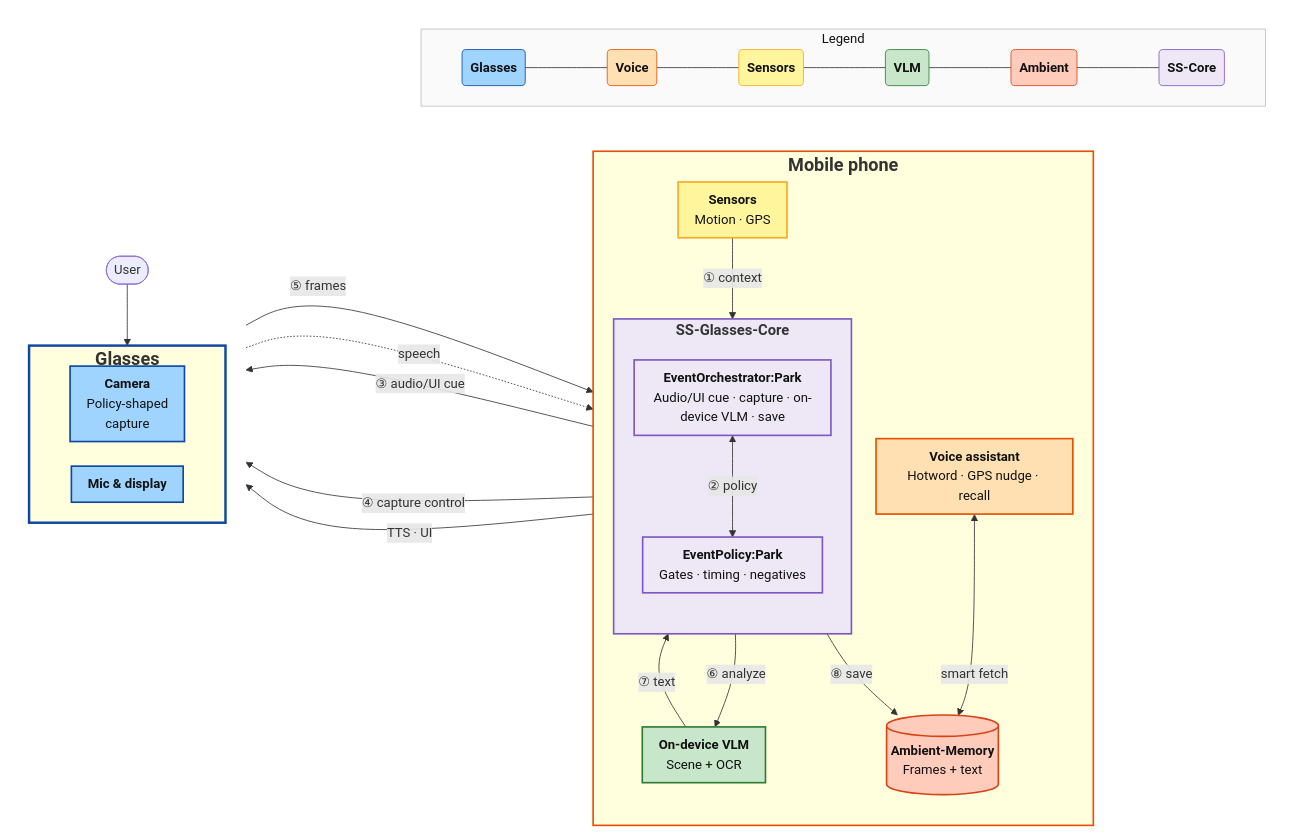
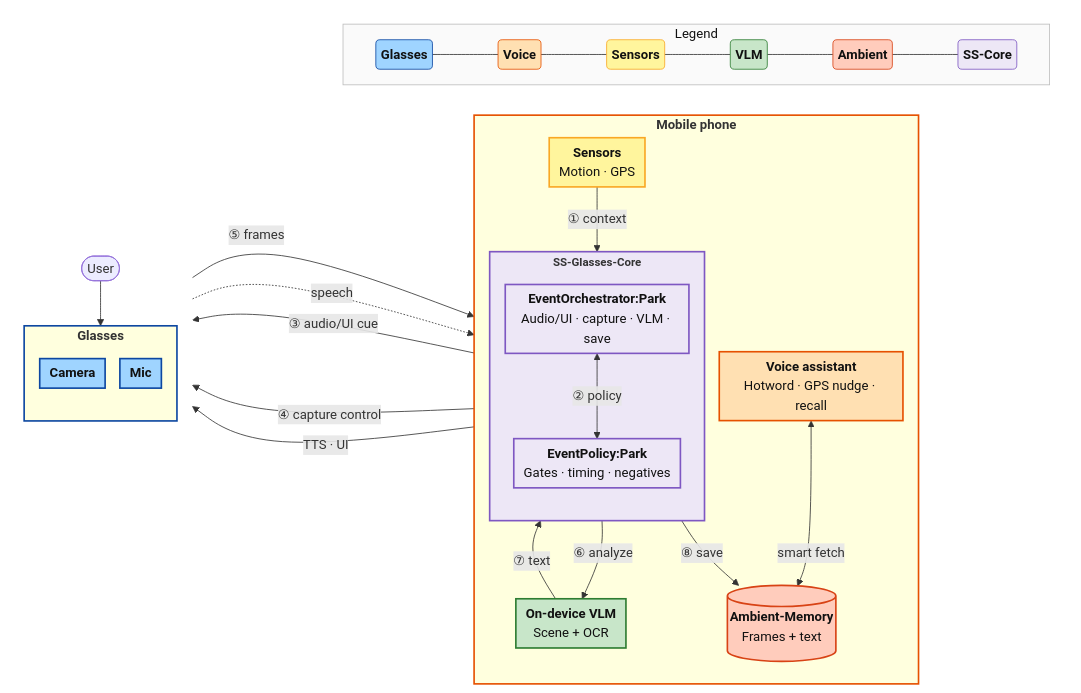
Before and after one commit to penkesiva/wer-26: the diagram in tmp/idea2_mark_car_parking_spot_architecture.mermaid, drawn with Mermaid. The commit also changed 1 other file, not shown here.

Commit message:
docs(idea2): compact Glasses box and reduce subgraph font sizes

```diff
--- a/tmp/idea2_mark_car_parking_spot_architecture.mermaid
+++ b/tmp/idea2_mark_car_parking_spot_architecture.mermaid
@@ -1,99 +1,99 @@
 ---
 config:
   flowchart:
     htmlLabels: true
-    padding: 10
-    nodeSpacing: 30
-    rankSpacing: 50
+    padding: 6
+    nodeSpacing: 18
+    rankSpacing: 30
 ---
 flowchart LR
- subgraph SSGC["<b><span style=font-size:18px>SS-Glasses-Core</span></b>"]
+ subgraph SSGC["<b><span style=font-size:14px>SS-Glasses-Core</span></b>"]
     direction TB
         PolicyCP["<b>EventPolicy:Park</b><br>Gates · timing · negatives"]
-        OrchCP["<b>EventOrchestrator:Park</b><br>Audio/UI cue · capture · on-device VLM · save"]
+        OrchCP["<b>EventOrchestrator:Park</b><br>Audio/UI · capture · VLM · save"]
   end
- subgraph Mobile["<b><span style=font-size:22px>Mobile phone</span></b>"]
+ subgraph Mobile["<b><span style=font-size:16px>Mobile phone</span></b>"]
     direction TB
         VA["<b>Voice assistant</b><br>Hotword · GPS nudge · recall"]
         Sens["<b>Sensors</b><br>Motion · GPS"]
         SSGC
         VLM["<b>On-device VLM</b><br>Scene + OCR"]
         AMEM[("<b>Ambient-Memory</b><br>Frames + text")]
   end
- subgraph Glasses["<b><span style=font-size:22px>Glasses</span></b>"]
-    direction LR
-        Cam["<b>Camera</b><br>Policy-shaped<br>capture"]
-        Mic["<b>Mic &amp; display</b>"]
+ subgraph Glasses["<b><span style=font-size:16px>Glasses</span></b>"]
+    direction TB
+        Cam["<b>Camera</b>"]
+        Mic["<b>Mic</b>"]
   end
  subgraph GCol[" "]
     direction TB
         User(["User"])
         Glasses
   end
  subgraph LegendRow["Legend"]
     direction LR
         LgG("<b>Glasses</b>")
         LgM("<b>Voice</b>")
         LgSen("<b>Sensors</b>")
         LgL("<b>VLM</b>")
         LgA("<b>Ambient</b>")
         LgS("<b>SS-Core</b>")
   end
  subgraph BottomDeck[" "]
     direction RL
         LegendRow
   end
     LgG --- LgM
     LgM --- LgSen
     LgSen --- LgL
     LgL --- LgA
     LgA --- LgS
     Mobile ~~~ GCol
     GCol ~~~ BottomDeck
     Sens -- ① context --> OrchCP
     OrchCP <-- ② policy --> PolicyCP
     OrchCP -- ③ audio/UI cue --> Mic
     OrchCP -- ④ capture control --> Cam
     Cam -- ⑤ frames --> OrchCP
     OrchCP -- ⑥ analyze --> VLM
     VLM -- ⑦ text --> OrchCP
     OrchCP -- ⑧ save --> AMEM
     User --> Mic
     Mic -. speech .-> VA
     VA -- TTS · UI --> Mic
     VA <-- smart fetch --> AMEM
 
      PolicyCP:::ssCoreLight
      OrchCP:::ssCoreLight
      VA:::mobile
      Sens:::sensors
      VLM:::onDeviceVlm
      AMEM:::ambientMem
      Cam:::glasses
      Mic:::glasses
      LgG:::legendGlasses
      LgM:::legendMobile
      LgSen:::legendSensors
      LgL:::legendVlm
      LgA:::legendAmbient
      LgS:::legendSS
      GCol:::colHidden
     classDef glasses fill:#9fd4ff,stroke:#0d47a1,color:#111,stroke-width:2px
     classDef mobile fill:#ffe0b2,stroke:#e65100,color:#111,stroke-width:2px
     classDef sensors fill:#fff59d,stroke:#f9a825,color:#111,stroke-width:2px
     classDef onDeviceVlm fill:#c8e6c9,stroke:#2e7d32,color:#111,stroke-width:2px
     classDef ambientMem fill:#ffccbc,stroke:#d84315,color:#111,stroke-width:2px
     classDef ssCoreLight fill:#ede7f6,stroke:#7e57c2,color:#111,stroke-width:2px
     classDef legendGlasses fill:#9fd4ff,stroke:#0d47a1,color:#111
     classDef legendMobile fill:#ffe0b2,stroke:#e65100,color:#111
     classDef legendSensors fill:#fff59d,stroke:#f9a825,color:#111
     classDef legendVlm fill:#c8e6c9,stroke:#2e7d32,color:#111
     classDef legendAmbient fill:#ffccbc,stroke:#d84315,color:#111
     classDef legendSS fill:#ede7f6,stroke:#7e57c2,color:#111
     classDef colHidden fill:none,stroke:none,color:#111
     style SSGC fill:#ede7f6,stroke:#7e57c2,stroke-width:2px
-    style Glasses stroke:#0d47a1,stroke-width:3px,padding:20px
+    style Glasses stroke:#0d47a1,stroke-width:2px
     style LegendRow fill:#fafafa,stroke:#bdbdbd,color:#111,stroke-width:1px
     style Mobile stroke:#e65100,stroke-width:2px
     style GCol fill:none,stroke:none
     style BottomDeck fill:none,stroke:none
```
